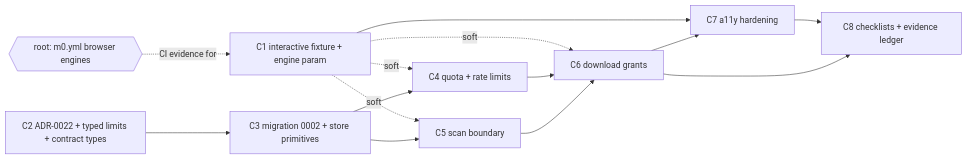
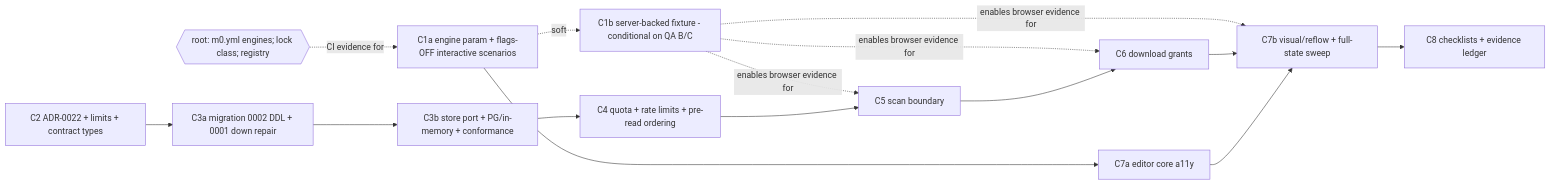
One commit to TheCrimsonMarket/vynvori changed the diagram in docs/implementation/M3-Closure-Plan.md. Above: the diagram before and after it, drawn with Mermaid. The commit also changed other lines of this file, not shown here.

````diff
--- a/docs/implementation/M3-Closure-Plan.md
+++ b/docs/implementation/M3-Closure-Plan.md
@@ -119,16 +145,15 @@
 ```mermaid
 flowchart LR
- C1[C1 interactive fixture + engine param] -.soft.-> C4
- C1 -.soft.-> C5
- C1 -.soft.-> C6
- C1 --> C7[C7 a11y hardening]
- C2[C2 ADR-0022 + typed limits + contract types] --> C3[C3 migration 0002 + store primitives]
- C3 --> C4[C4 quota + rate limits]
- C3 --> C5[C5 scan boundary]
- C4 --> C6[C6 download grants]
- C5 --> C6
- C6 --> C7
- C7 --> C8[C8 checklists + evidence ledger]
- C6 --> C8
- RR{{root: m0.yml browser engines}} -.CI evidence for.-> C1
+ C1a[C1a engine param + flags-OFF interactive scenarios] --> C7a
+ C1a -.soft.-> C1b[C1b server-backed fixture - conditional on QA B/C]
+ C1b -.enables browser evidence for.-> C5 & C6 & C7b
+ C2[C2 ADR-0022 + limits + contract types] --> C3a[C3a migration 0002 DDL + 0001 down repair]
+ C3a --> C3b[C3b store port + PG/in-memory + conformance]
+ C3b --> C4[C4 quota + rate limits + pre-read ordering]
+ C4 --> C5[C5 scan boundary]
+ C5 --> C6[C6 download grants]
+ C6 --> C7b[C7b visual/reflow + full-state sweep]
+ C7a[C7a editor core a11y] --> C7b
+ C7b --> C8[C8 checklists + evidence ledger]
+ RR{{root: m0.yml engines; lock class; registry}} -.CI evidence for.-> C1a
 ```
````
